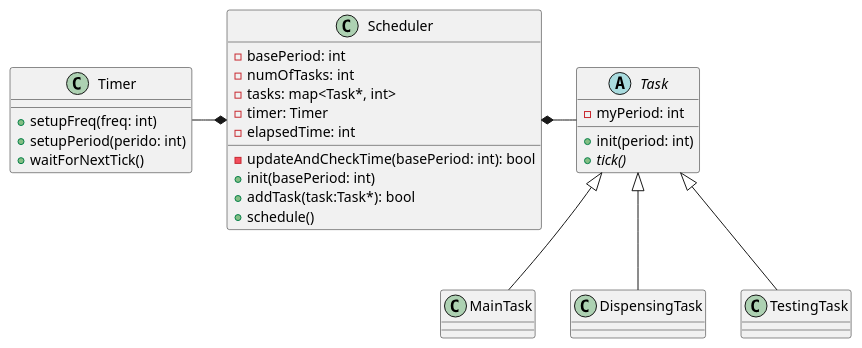
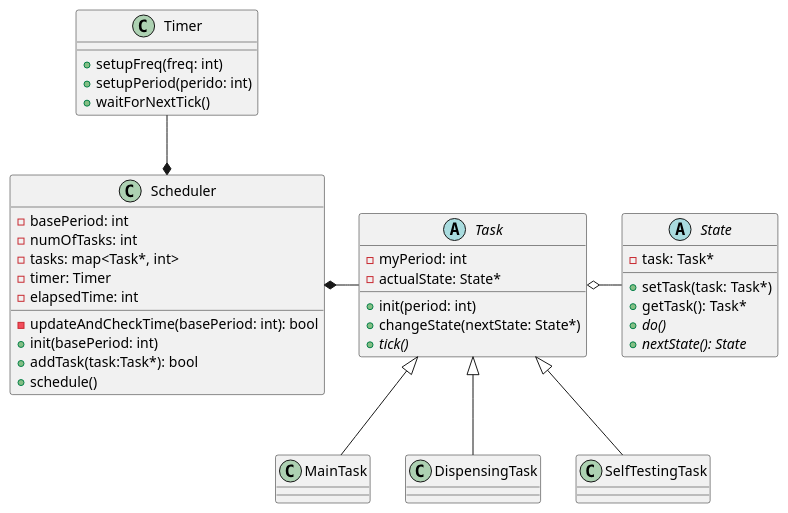
Before and after one commit to tassiLuca/smart-coffee-machine: the diagram in docs/diagrams/src/class-diagram.wsd, drawn with PlantUML. The commit also changed 14 other files, not shown here.

```diff
--- a/docs/diagrams/src/class-diagram.wsd
+++ b/docs/diagrams/src/class-diagram.wsd
@@ -1,42 +1,53 @@
 @startuml class-diagram 
 
 class Scheduler {
     - basePeriod: int 
     - numOfTasks: int
     - tasks: map<Task*, int>
     - timer: Timer
     - elapsedTime: int
-
     - updateAndCheckTime(basePeriod: int): bool
     + init(basePeriod: int)
     + addTask(task:Task*): bool
     + schedule()
 }
 
 class Timer {
     + setupFreq(freq: int)
     + setupPeriod(perido: int)
     + waitForNextTick()
 }
 
-Scheduler *-left- Timer
+Scheduler *-up- Timer
 
 abstract class Task {
     - myPeriod: int
+    - actualState: State*
     + init(period: int)
+    + changeState(nextState: State*)
     + {abstract} tick()
 }
 
 Scheduler *-right- Task
 
 class MainTask 
 Task <|-- MainTask
 
 class DispensingTask
 Task <|-- DispensingTask
 
-class TestingTask
-Task <|-- TestingTask
+class SelfTestingTask
+Task <|-- SelfTestingTask
+
+abstract class State {
+    - task: Task*
+    + setTask(task: Task*)
+    + getTask(): Task*
+    + {abstract} do()
+    + {abstract} nextState(): State
+}
+
+Task o-right- State
 
 
 @enduml
```
